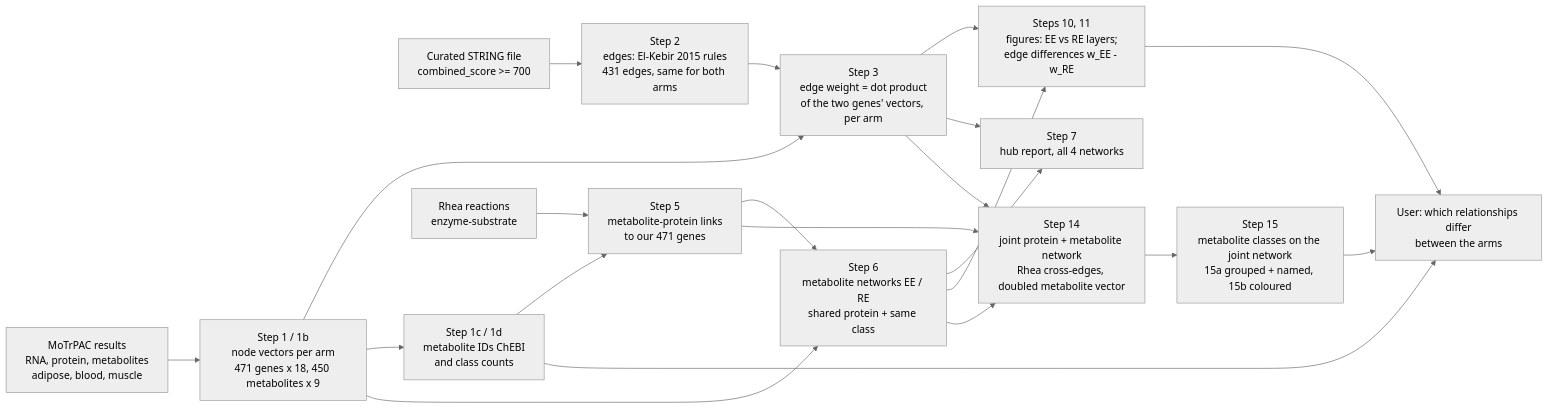
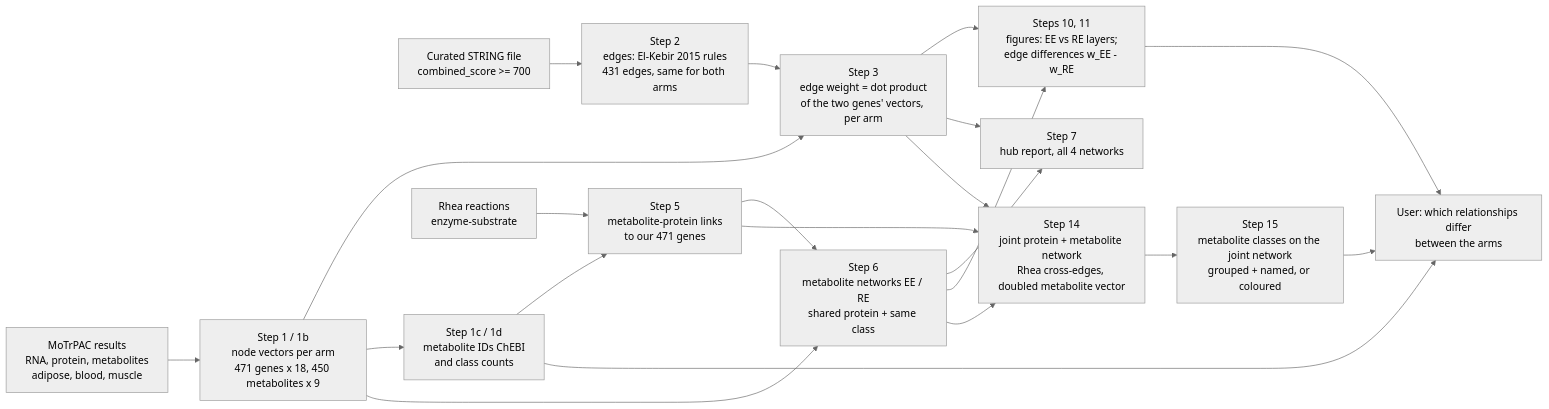
Before and after one commit to Stanford-Bioinformatics-Center/multiomics-hackathon-2026-track-1: the diagram in network/README.md, drawn with Mermaid (neutral theme). The commit also changed other lines of this file and 2 other files, not shown here.

First line of the commit message:
Step 15 figures reordered (15a = arms separately, 15b = difference); step 16 (T2D lipid classes) dropped

````diff
--- a/network/README.md
+++ b/network/README.md
@@ -43,23 +43,23 @@
 ```mermaid
 flowchart LR
   A[MoTrPAC results<br/>RNA, protein, metabolites<br/>adipose, blood, muscle] --> B[Step 1 / 1b<br/>node vectors per arm<br/>471 genes x 18, 450 metabolites x 9]
   S[Curated STRING file<br/>combined_score >= 700] --> C[Step 2<br/>edges: El-Kebir 2015 rules<br/>431 edges, same for both arms]
   B --> D[Step 3<br/>edge weight = dot product<br/>of the two genes' vectors, per arm]
   C --> D
   B --> F[Step 1c / 1d<br/>metabolite IDs ChEBI<br/>and class counts]
   D --> P[Steps 10, 11<br/>figures: EE vs RE layers;<br/>edge differences w_EE - w_RE]
   R[Rhea reactions<br/>enzyme-substrate] --> G[Step 5<br/>metabolite-protein links<br/>to our 471 genes]
   F --> G
   G --> H[Step 6<br/>metabolite networks EE / RE<br/>shared protein + same class]
   B --> H
   D --> K[Step 7<br/>hub report, all 4 networks]
   H --> K
   H --> P
   D --> J[Step 14<br/>joint protein + metabolite network<br/>Rhea cross-edges, doubled metabolite vector]
   H --> J
   G --> J
-  J --> Q[Step 15<br/>metabolite classes on the joint network<br/>15a grouped + named, 15b coloured]
+  J --> Q[Step 15<br/>metabolite classes on the joint network<br/>grouped + named, or coloured]
   Q --> U
   P --> U[User: which relationships differ<br/>between the arms]
   F --> U
 ```
````
